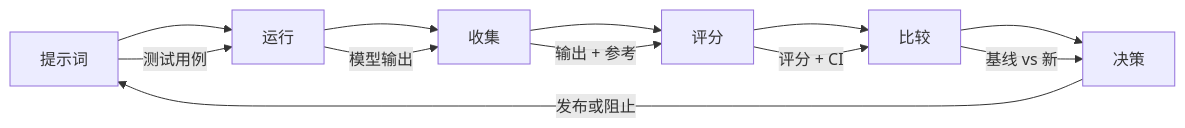
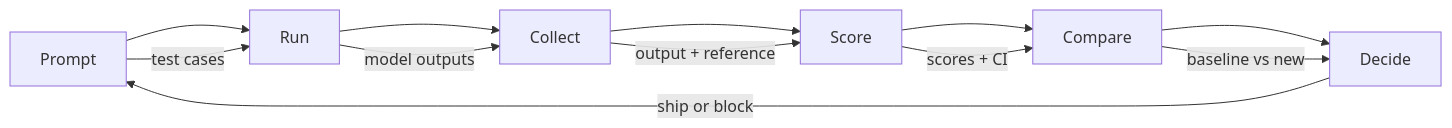
The second of 2 diagrams in i18n/zh/phases/11-llm-engineering/10-evaluation/docs/zh.md (xiaojiaenen/ai-engineering-from-scratch-zh), drawn with Mermaid before and after one commit. The commit also changed other lines of this file and 17 other files, not shown here.

````diff
--- a/i18n/zh/phases/11-llm-engineering/10-evaluation/docs/zh.md
+++ b/i18n/zh/phases/11-llm-engineering/10-evaluation/docs/zh.md
@@ -114,15 +114,15 @@
 ```mermaid
 flowchart LR
-    P[提示词] --> R[运行]
-    R --> C[收集]
-    C --> S[评分]
-    S --> CM[比较]
-    CM --> D[决策]
+    P[Prompt] --> R[Run]
+    R --> C[Collect]
+    C --> S[Score]
+    S --> CM[Compare]
+    CM --> D[Decide]
 
-    P -->|测试用例| R
-    R -->|模型输出| C
-    C -->|输出 + 参考| S
-    S -->|评分 + CI| CM
-    CM -->|基线 vs 新| D
-    D -->|发布或阻止| P
+    P -->|test cases| R
+    R -->|model outputs| C
+    C -->|output + reference| S
+    S -->|scores + CI| CM
+    CM -->|baseline vs new| D
+    D -->|ship or block| P
 ```
````
